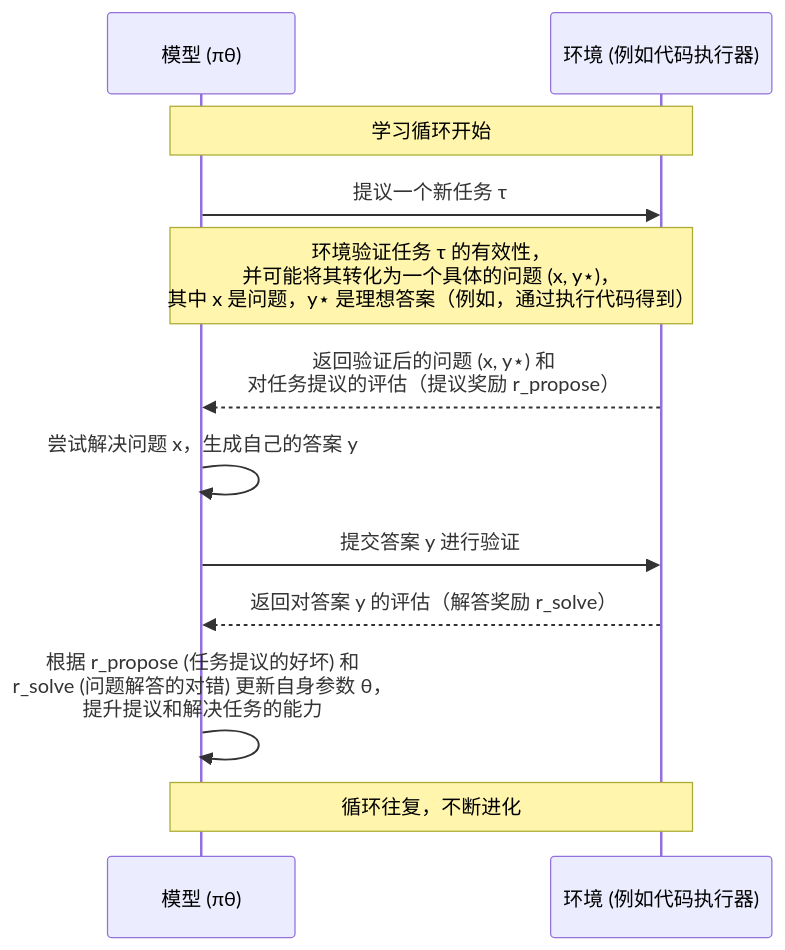
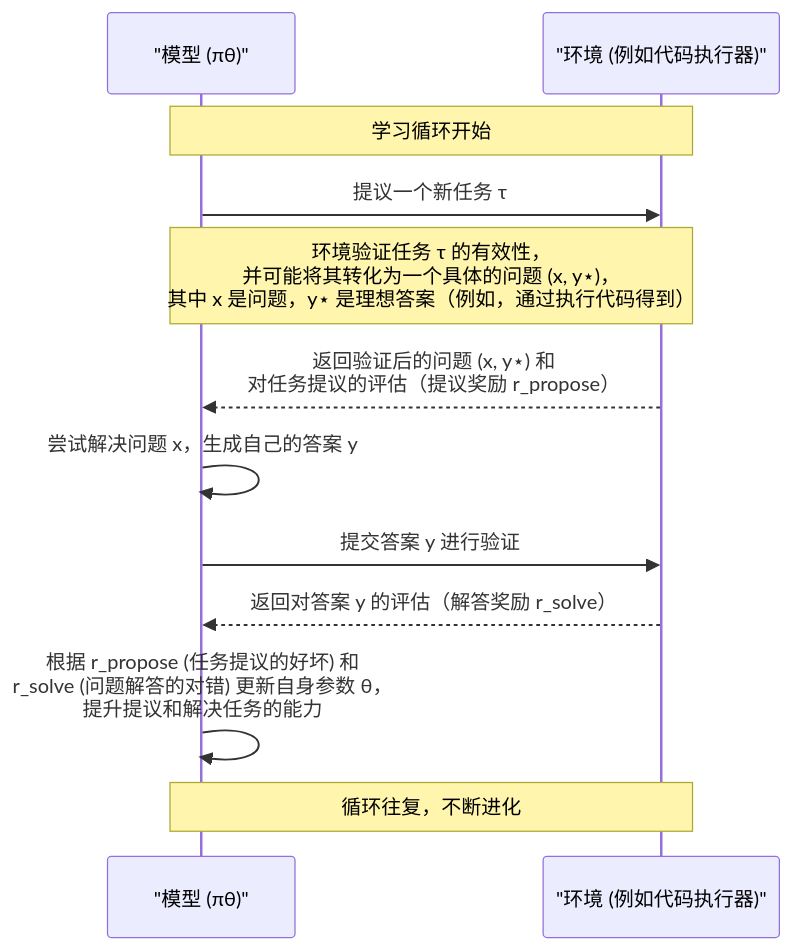
One commit to jueshi/PocketFlow-Tutorial-Codebase-Knowledge changed the diagram in output/Absolute_Zero/Absolute Zero Reinforced Self-play Reasoning with Zero Data/01_绝对零范式__absolute_zero_paradigm__.md. Above: the diagram before and after it, drawn with Mermaid. The commit also changed 282 other files, not shown here.

````diff
--- a/output/Absolute_Zero/Absolute Zero Reinforced Self-play Reasoning with Zero Data/01_绝对零范式__absolute_zero_paradigm__.md
+++ b/output/Absolute_Zero/Absolute Zero Reinforced Self-play Reasoning with Zero Data/01_绝对零范式__absolute_zero_paradigm__.md
@@ -50,16 +50,15 @@
 ```mermaid
 sequenceDiagram
-    participant 模型 as 模型 (πθ)
-    participant 环境 as 环境 (例如代码执行器)
+    participant 模型 as "模型 (πθ)"
+    participant 环境 as "环境 (例如代码执行器)"
 
     Note over 模型, 环境: 学习循环开始
     模型->>环境: 提议一个新任务 τ
     Note over 模型, 环境: 环境验证任务 τ 的有效性，<br>并可能将其转化为一个具体的问题 (x, y⋆)，<br>其中 x 是问题，y⋆ 是理想答案（例如，通过执行代码得到）
     环境-->>模型: 返回验证后的问题 (x, y⋆) 和 <br> 对任务提议的评估（提议奖励 r_propose）
     模型->>模型: 尝试解决问题 x，生成自己的答案 y
     模型->>环境: 提交答案 y 进行验证
     环境-->>模型: 返回对答案 y 的评估（解答奖励 r_solve）
     模型->>模型: 根据 r_propose (任务提议的好坏) 和 <br> r_solve (问题解答的对错) 更新自身参数 θ，<br>提升提议和解决任务的能力
     Note over 模型, 环境: 循环往复，不断进化
-
 ```
````
